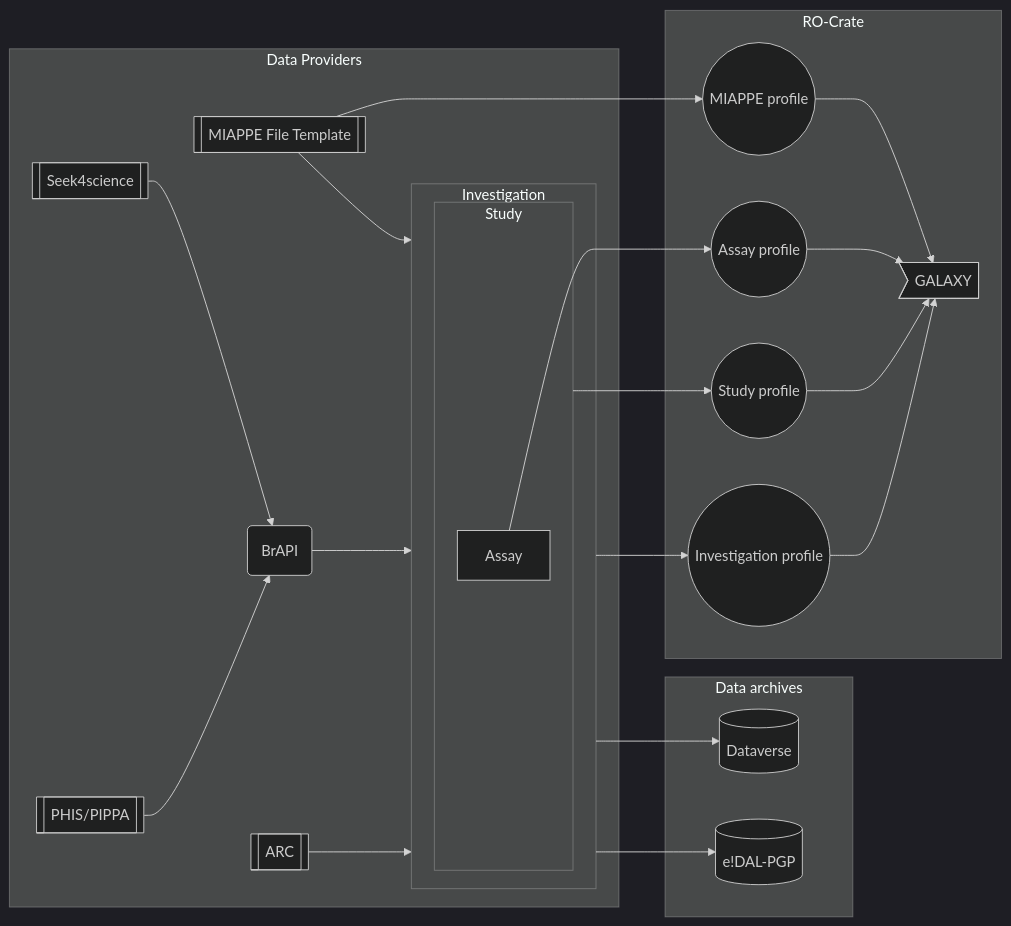
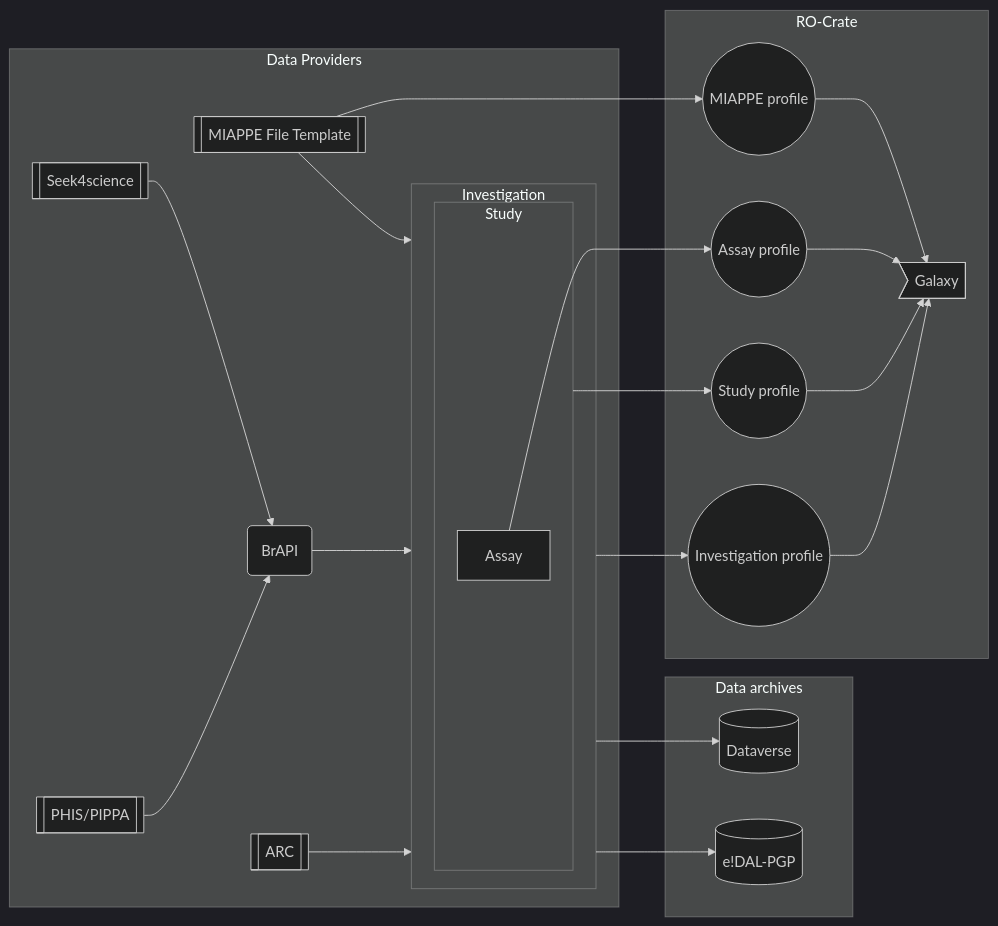
Before and after one commit to sebeier/22_plant_data_exchange: the diagram in paper/paper.md, drawn with Mermaid (dark theme). The commit also changed other lines of this file, not shown here.

````diff
--- a/paper/paper.md
+++ b/paper/paper.md
@@ -152,31 +153,31 @@
 ```mermaid
 flowchart LR
     subgraph Data Providers
         subgraph Investigation
             subgraph Study
                 Assay
             end
         end
         DP2[[ARC]] -->Investigation
         BrAPI(BrAPI)
         DP3[[PHIS/PIPPA]] --> BrAPI
         DP4[[Seek4science]] --> BrAPI
         DP1[[MIAPPE File Template]]
     end
     subgraph Data archives
         BrAPI --> Investigation
         Investigation --> Repo1[("Dataverse")]
         Investigation --> Repo2[("e!DAL-PGP")]
     end
     subgraph RO-Crate
         Investigation -->  ARCH2((Investigation profile))
         Assay-->ARCH4((Assay profile))
         DP1-->ARCH5((MIAPPE profile))
         Study --> ARCH3((Study profile))
-        ARCH2--> gal>GALAXY]
-        ARCH3--> gal>GALAXY]
-        ARCH4--> gal>GALAXY]
-        ARCH5--> gal>GALAXY]
+        ARCH2--> gal>Galaxy]
+        ARCH3--> gal>Galaxy]
+        ARCH4--> gal>Galaxy]
+        ARCH5--> gal>Galaxy]
     end
 DP1-->Investigation
 ```
````
